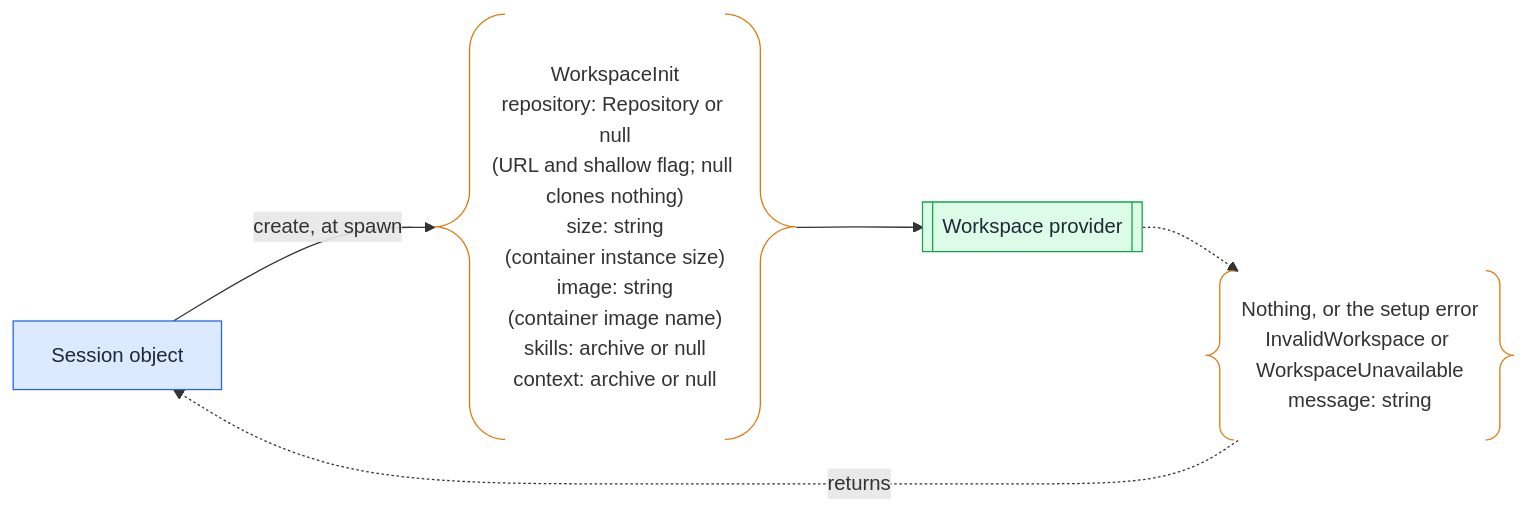
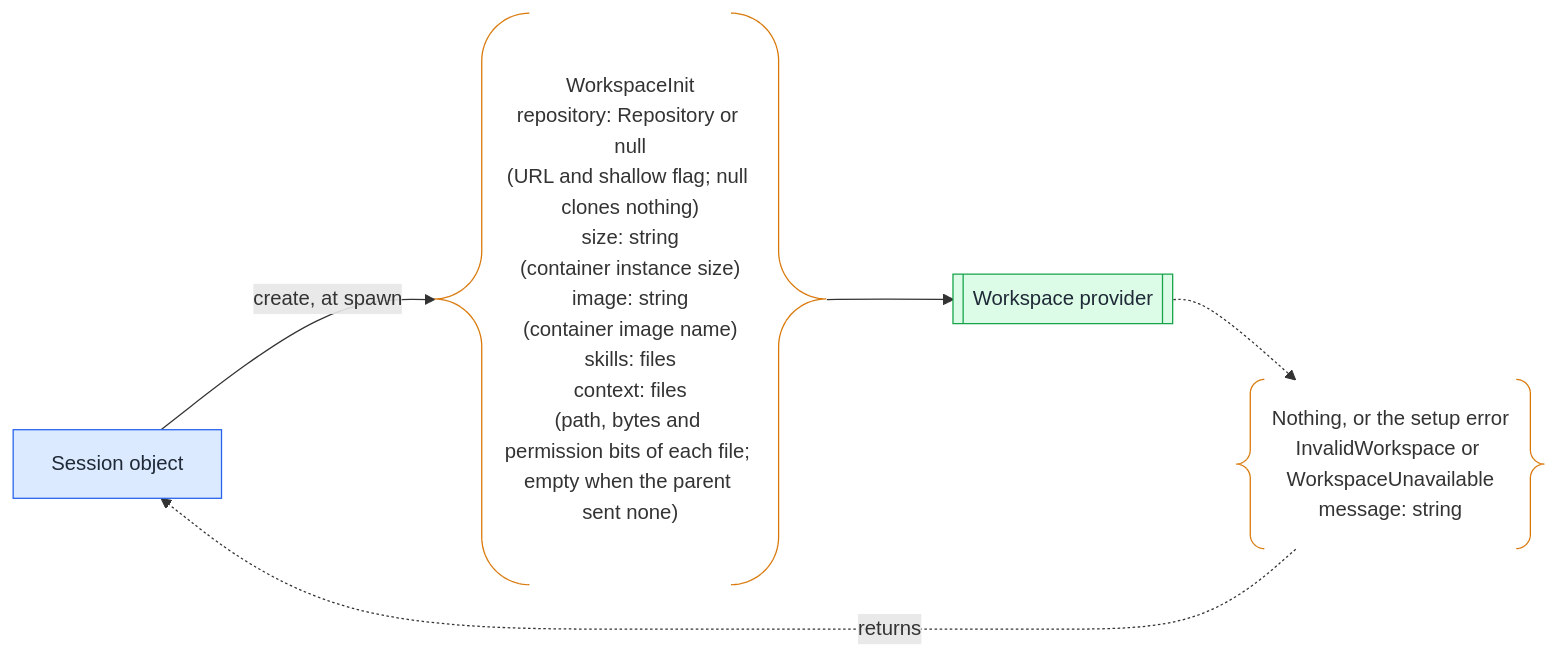
The second of 9 diagrams in docs/technical-design/workspace.md (asermax/tentacles), drawn with Mermaid before and after one commit. The commit also changed other lines of this file and 8 other files, not shown here.

````diff
--- a/docs/technical-design/workspace.md
+++ b/docs/technical-design/workspace.md
@@ -42,23 +42,24 @@
 ```mermaid
 flowchart LR
   so@{ shape: rect, label: "Session object" } -->|"create, at spawn"| init@{ shape: braces, label: "WorkspaceInit
   repository: Repository or null
   (URL and shallow flag; null clones nothing)
   size: string
   (container instance size)
   image: string
   (container image name)
-  skills: archive or null
-  context: archive or null" }
+  skills: files
+  context: files
+  (path, bytes and permission bits of each file; empty when the parent sent none)" }
   init --> ws@{ shape: subproc, label: "Workspace provider" }
   ws -.-> err@{ shape: braces, label: "Nothing, or the setup error
   InvalidWorkspace or WorkspaceUnavailable
   message: string" }
   err -.->|"returns"| so
   classDef worker fill:#dbeafe,stroke:#2563eb,color:#1f2937
   classDef flow fill:#dcfce7,stroke:#16a34a,color:#1f2937
   classDef payload stroke:#d97706
   class so worker
   class ws flow
   class init,err payload
 ```
````
